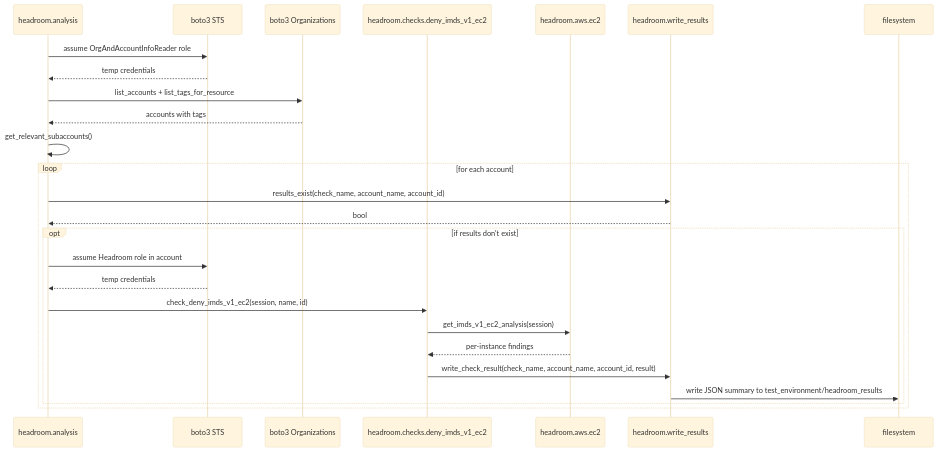
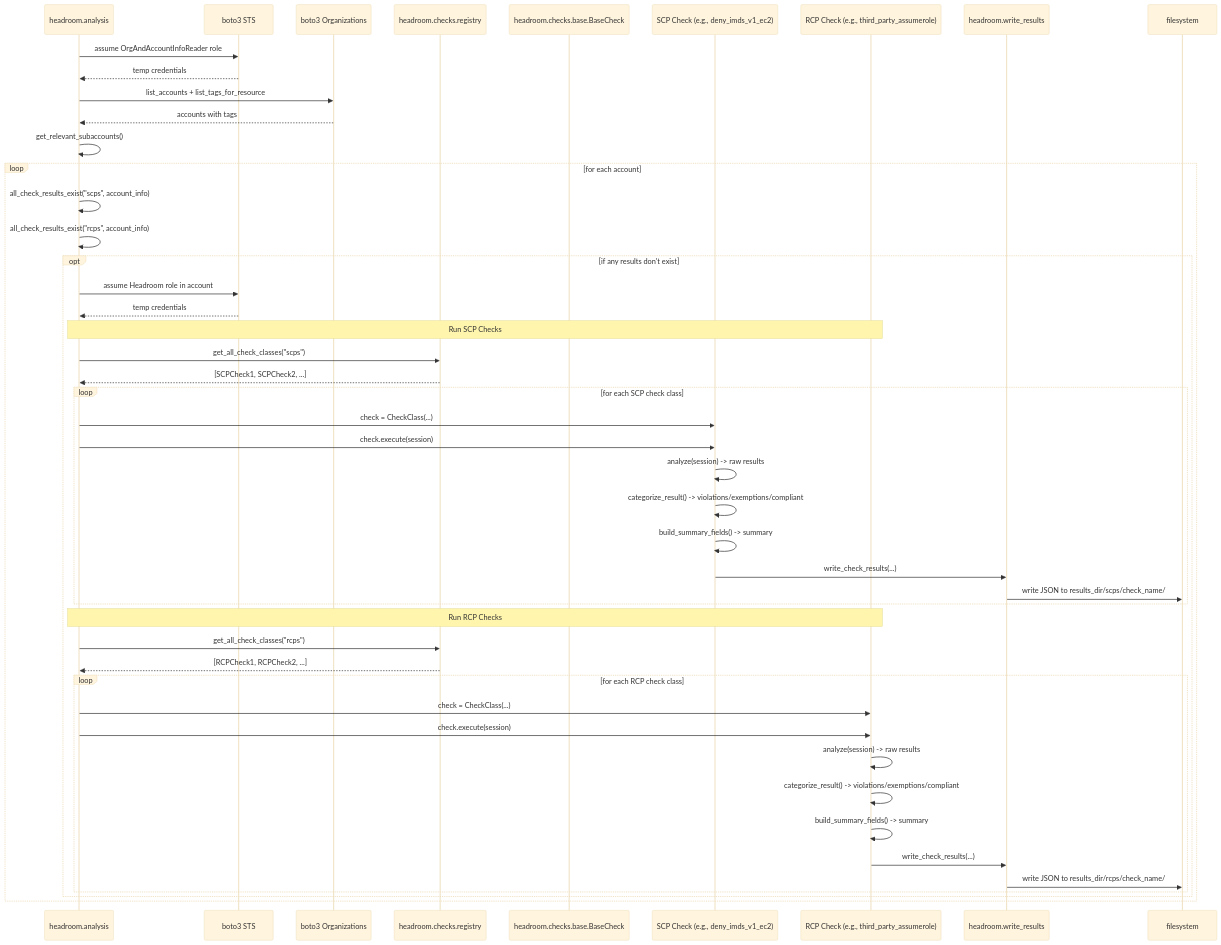
Before and after one commit to discocrayon/Headroom: the second of 4 diagrams in documentation/sequences.md, drawn with Mermaid (base theme). The commit also changed other lines of this file and 5 other files, not shown here.

````diff
--- a/documentation/sequences.md
+++ b/documentation/sequences.md
@@ -31,29 +51,52 @@
 ```mermaid
 sequenceDiagram
   participant Analysis as headroom.analysis
   participant STS as boto3 STS
   participant Orgs as boto3 Organizations
-  participant Checks as headroom.checks.deny_imds_v1_ec2
-  participant EC2 as headroom.aws.ec2
+  participant Registry as headroom.checks.registry
+  participant BaseCheck as headroom.checks.base.BaseCheck
+  participant SCPCheck as SCP Check (e.g., deny_imds_v1_ec2)
+  participant RCPCheck as RCP Check (e.g., third_party_assumerole)
   participant WriteResults as headroom.write_results
   participant FS as filesystem
 
   Analysis->>STS: assume OrgAndAccountInfoReader role
   STS-->>Analysis: temp credentials
   Analysis->>Orgs: list_accounts + list_tags_for_resource
   Orgs-->>Analysis: accounts with tags
   Analysis->>Analysis: get_relevant_subaccounts()
   loop for each account
-    Analysis->>WriteResults: results_exist(check_name, account_name, account_id)
-    WriteResults-->>Analysis: bool
-    opt if results don't exist
+    Analysis->>Analysis: all_check_results_exist("scps", account_info)
+    Analysis->>Analysis: all_check_results_exist("rcps", account_info)
+    opt if any results don't exist
       Analysis->>STS: assume Headroom role in account
       STS-->>Analysis: temp credentials
-      Analysis->>Checks: check_deny_imds_v1_ec2(session, name, id)
-      Checks->>EC2: get_imds_v1_ec2_analysis(session)
-      EC2-->>Checks: per-instance findings
-      Checks->>WriteResults: write_check_result(check_name, account_name, account_id, result)
-      WriteResults->>FS: write JSON summary to test_environment/headroom_results
+
+      Note over Analysis,RCPCheck: Run SCP Checks
+      Analysis->>Registry: get_all_check_classes("scps")
+      Registry-->>Analysis: [SCPCheck1, SCPCheck2, ...]
+      loop for each SCP check class
+        Analysis->>SCPCheck: check = CheckClass(...)
+        Analysis->>SCPCheck: check.execute(session)
+        SCPCheck->>SCPCheck: analyze(session) -> raw results
+        SCPCheck->>SCPCheck: categorize_result() -> violations/exemptions/compliant
+        SCPCheck->>SCPCheck: build_summary_fields() -> summary
+        SCPCheck->>WriteResults: write_check_results(...)
+        WriteResults->>FS: write JSON to results_dir/scps/check_name/
+      end
+
+      Note over Analysis,RCPCheck: Run RCP Checks
+      Analysis->>Registry: get_all_check_classes("rcps")
+      Registry-->>Analysis: [RCPCheck1, RCPCheck2, ...]
+      loop for each RCP check class
+        Analysis->>RCPCheck: check = CheckClass(...)
+        Analysis->>RCPCheck: check.execute(session)
+        RCPCheck->>RCPCheck: analyze(session) -> raw results
+        RCPCheck->>RCPCheck: categorize_result() -> violations/exemptions/compliant
+        RCPCheck->>RCPCheck: build_summary_fields() -> summary
+        RCPCheck->>WriteResults: write_check_results(...)
+        WriteResults->>FS: write JSON to results_dir/rcps/check_name/
+      end
     end
   end
 ```
````
